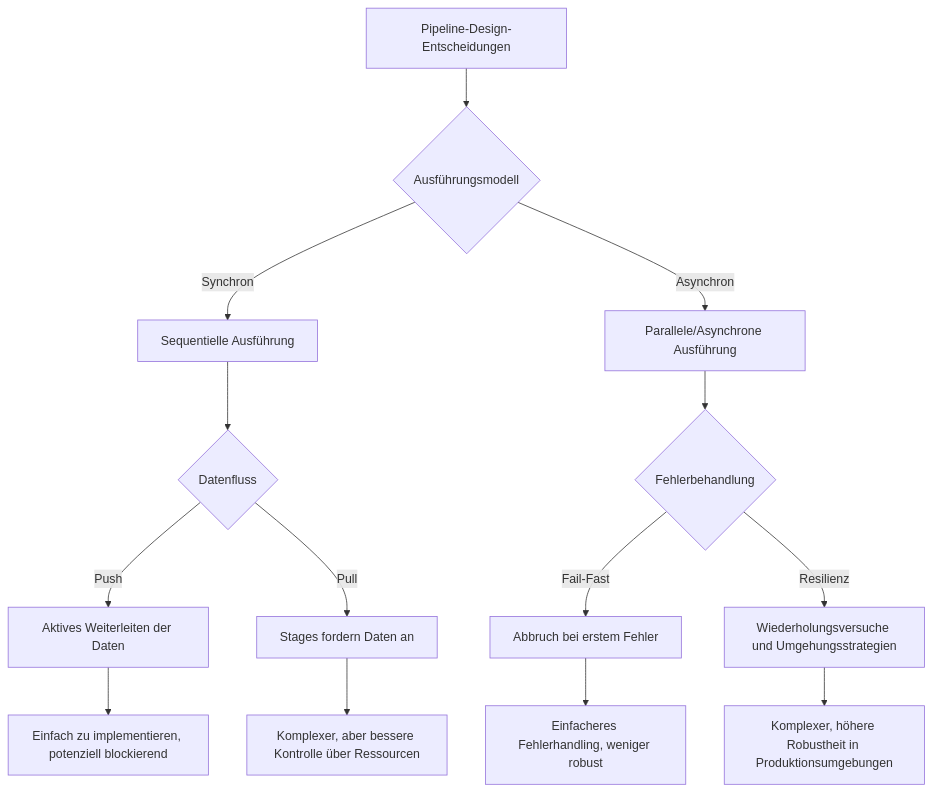
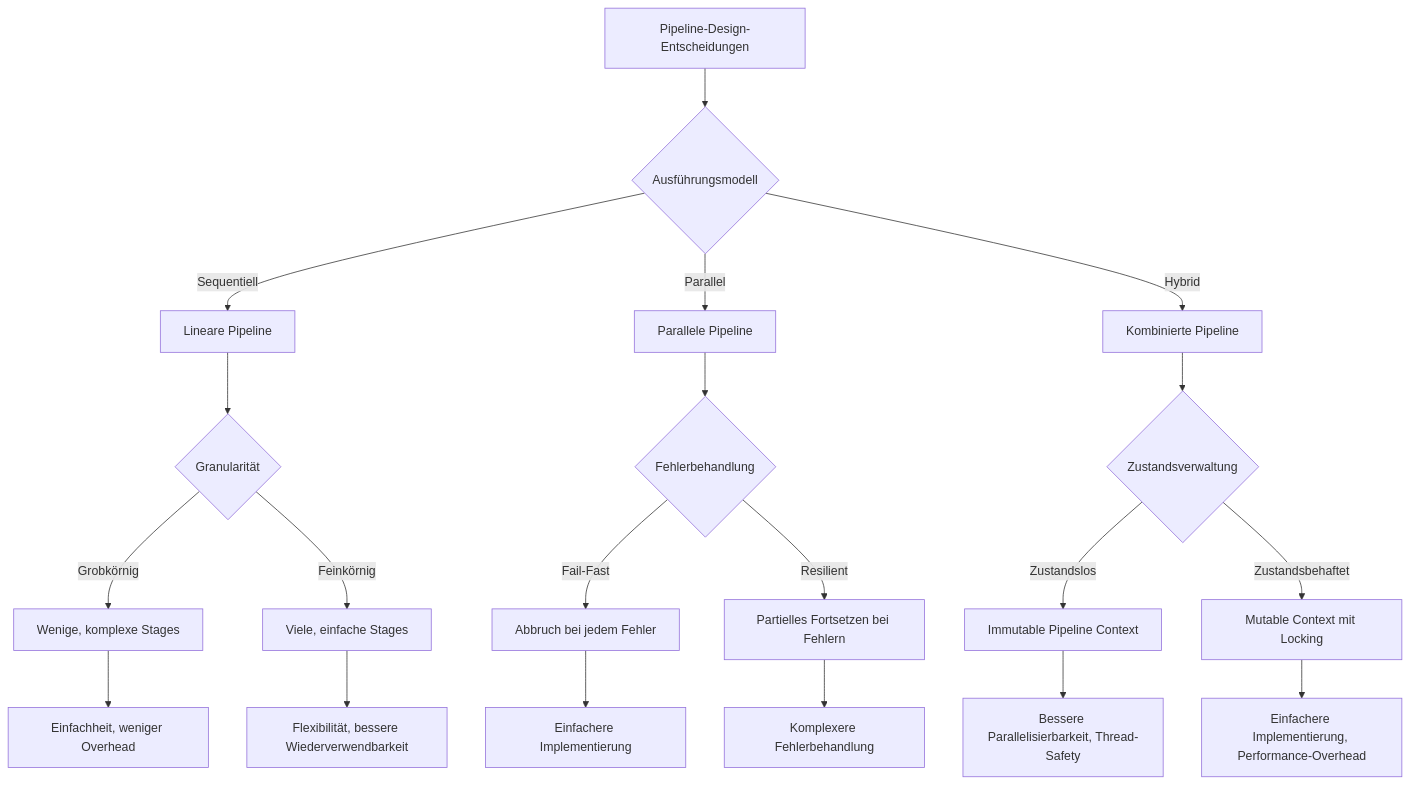
Before and after one commit to scimbe/VS_Pattern_By_KI: the seventh of 8 diagrams in Pipeline/docs/USE_CASES.md, drawn with Mermaid. The commit also changed other lines of this file and 19 other files, not shown here.

````diff
--- a/Pipeline/docs/USE_CASES.md
+++ b/Pipeline/docs/USE_CASES.md
@@ -229,22 +390,30 @@
 ```mermaid
 flowchart TD
     A[Pipeline-Design-Entscheidungen] --> B{Ausführungsmodell}
     
-    B -->|"Synchron"| C[Sequentielle Ausführung]
-    B -->|"Asynchron"| D[Parallele/Asynchrone Ausführung]
+    B -->|"Sequentiell"| C[Lineare Pipeline]
+    B -->|"Parallel"| D[Parallele Pipeline]
+    B -->|"Hybrid"| E[Kombinierte Pipeline]
     
-    C --> E{Datenfluss}
-    D --> F{Fehlerbehandlung}
+    C --> F{Granularität}
+    D --> G{Fehlerbehandlung}
+    E --> H{Zustandsverwaltung}
     
-    E -->|"Push"| G[Aktives Weiterleiten der Daten]
-    E -->|"Pull"| H[Stages fordern Daten an]
+    F -->|"Grobkörnig"| I[Wenige, komplexe Stages]
+    F -->|"Feinkörnig"| J[Viele, einfache Stages]
     
-    F -->|"Fail-Fast"| I[Abbruch bei erstem Fehler]
-    F -->|"Resilienz"| J[Wiederholungsversuche und Umgehungsstrategien]
+    G -->|"Fail-Fast"| K[Abbruch bei jedem Fehler]
+    G -->|"Resilient"| L[Partielles Fortsetzen bei Fehlern]
     
-    G --> K[Einfach zu implementieren, potenziell blockierend]
-    H --> L[Komplexer, aber bessere Kontrolle über Ressourcen]
+    H -->|"Zustandslos"| M[Immutable Pipeline Context]
+    H -->|"Zustandsbehaftet"| N[Mutable Context mit Locking]
     
-    I --> M[Einfacheres Fehlerhandling, weniger robust]
-    J --> N[Komplexer, höhere Robustheit in Produktionsumgebungen]
+    I --> O[Einfachheit, weniger Overhead]
+    J --> P[Flexibilität, bessere Wiederverwendbarkeit]
+    
+    K --> Q[Einfachere Implementierung]
+    L --> R[Komplexere Fehlerbehandlung]
+    
+    M --> S[Bessere Parallelisierbarkeit, Thread-Safety]
+    N --> T[Einfachere Implementierung, Performance-Overhead]
 ```
````
